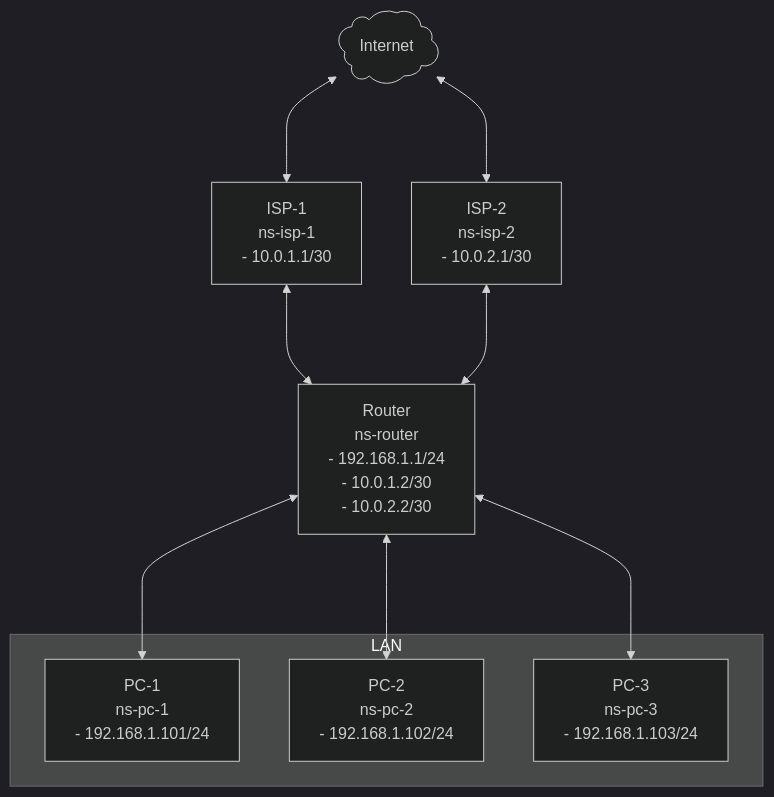
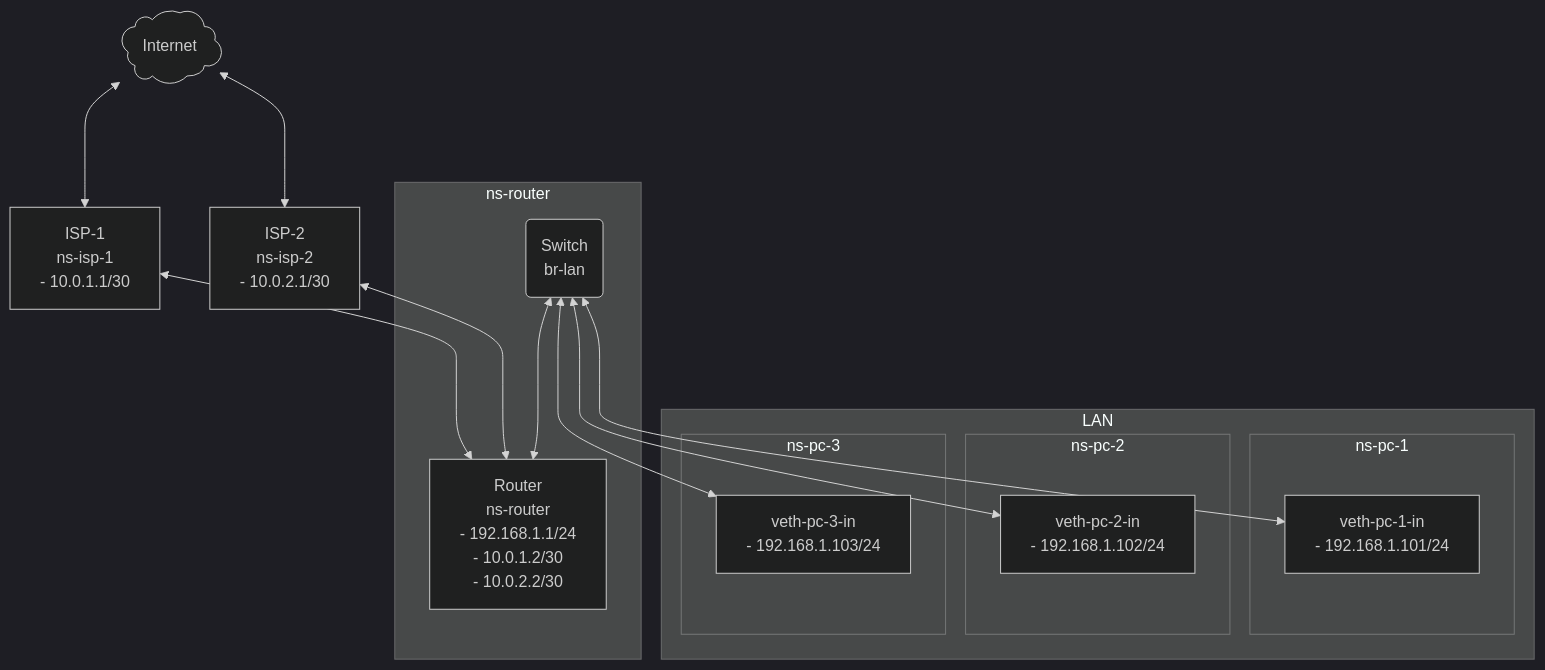
The second of 2 diagrams in docs/01-policy-routing.md (twdamhore/virtual-switch-lab), drawn with Mermaid (dark theme) before and after one commit. The commit also changed other lines of this file, not shown here.

````diff
--- a/docs/01-policy-routing.md
+++ b/docs/01-policy-routing.md
@@ -36,23 +36,33 @@
 ```mermaid
 graph TD
     Internet@{ label: "Internet", shape: cloud }
     
     ISP1["ISP-1<br>ns-isp-1<br>- 10.0.1.1/30"]
     ISP2["ISP-2<br>ns-isp-2<br>- 10.0.2.1/30"]
-    
-    Bridge["Router<br>ns-router<br>- 192.168.1.1/24<br>- 10.0.1.2/30<br>- 10.0.2.2/30"]
+
+    subgraph NS_ROUTER["ns-router"]
+        ROUTER["Router<br>ns-router<br>- 192.168.1.1/24<br>- 10.0.1.2/30<br>- 10.0.2.2/30"]
+        BR_LAN("Switch<br>br-lan")
+    end
     
     subgraph LAN
-        PC1["PC-1<br>ns-pc-1<br>- 192.168.1.101/24"]
-        PC2["PC-2<br>ns-pc-2<br>- 192.168.1.102/24"]
-        PC3["PC-3<br>ns-pc-3<br>- 192.168.1.103/24"]
+        subgraph NS_PC_1["ns-pc-1"]
+            PC_1_IN["veth-pc-1-in<br>- 192.168.1.101/24"]
+        end
+        subgraph NS_PC_2["ns-pc-2"]
+            PC_2_IN["veth-pc-2-in<br>- 192.168.1.102/24"]
+        end
+        subgraph NS_PC_3["ns-pc-3"]
+            PC_3_IN["veth-pc-3-in<br>- 192.168.1.103/24"]
+        end
     end
     
     Internet <---> ISP1
     Internet <---> ISP2
-    ISP1 <---> Bridge
-    ISP2 <---> Bridge
-    Bridge <---> PC1
-    Bridge <---> PC2
-    Bridge <---> PC3
+    ISP1 <---> ROUTER
+    ISP2 <---> ROUTER
+    BR_LAN <---> ROUTER
+    BR_LAN <---> PC_1_IN
+    BR_LAN <---> PC_2_IN
+    BR_LAN <---> PC_3_IN
 ```
````
